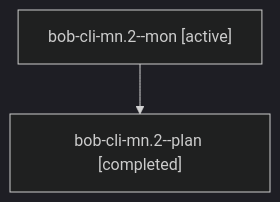
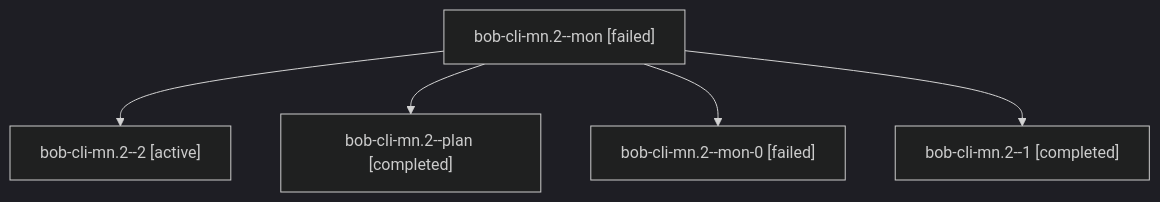
The diagram in sessions/bbugyi200.athena.bob-cli-mn.2.md (bobs-org/bob-cli--agents), drawn with Mermaid (dark theme) before and after one commit. The commit also changed other lines of this file and 36 other files, not shown here.

````diff
--- a/sessions/bbugyi200.athena.bob-cli-mn.2.md
+++ b/sessions/bbugyi200.athena.bob-cli-mn.2.md
@@ -9,6 +9,12 @@
 ```mermaid
 flowchart TD
-  n0["bob-cli-mn.2--mon [active]"]
-  n1["bob-cli-mn.2--plan [completed]"]
+  n0["bob-cli-mn.2--mon [failed]"]
+  n1["bob-cli-mn.2--2 [active]"]
   n0 --> n1
+  n2["bob-cli-mn.2--plan [completed]"]
+  n0 --> n2
+  n3["bob-cli-mn.2--mon-0 [failed]"]
+  n0 --> n3
+  n4["bob-cli-mn.2--1 [completed]"]
+  n0 --> n4
 ```
````
